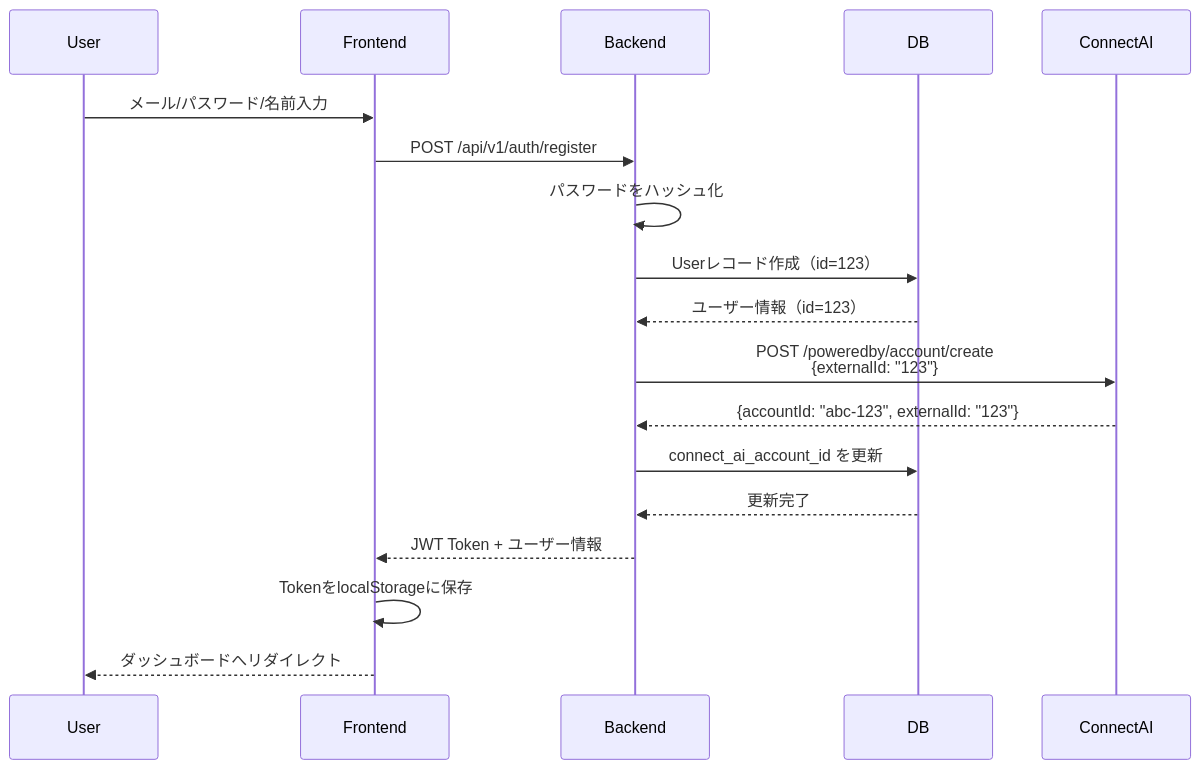
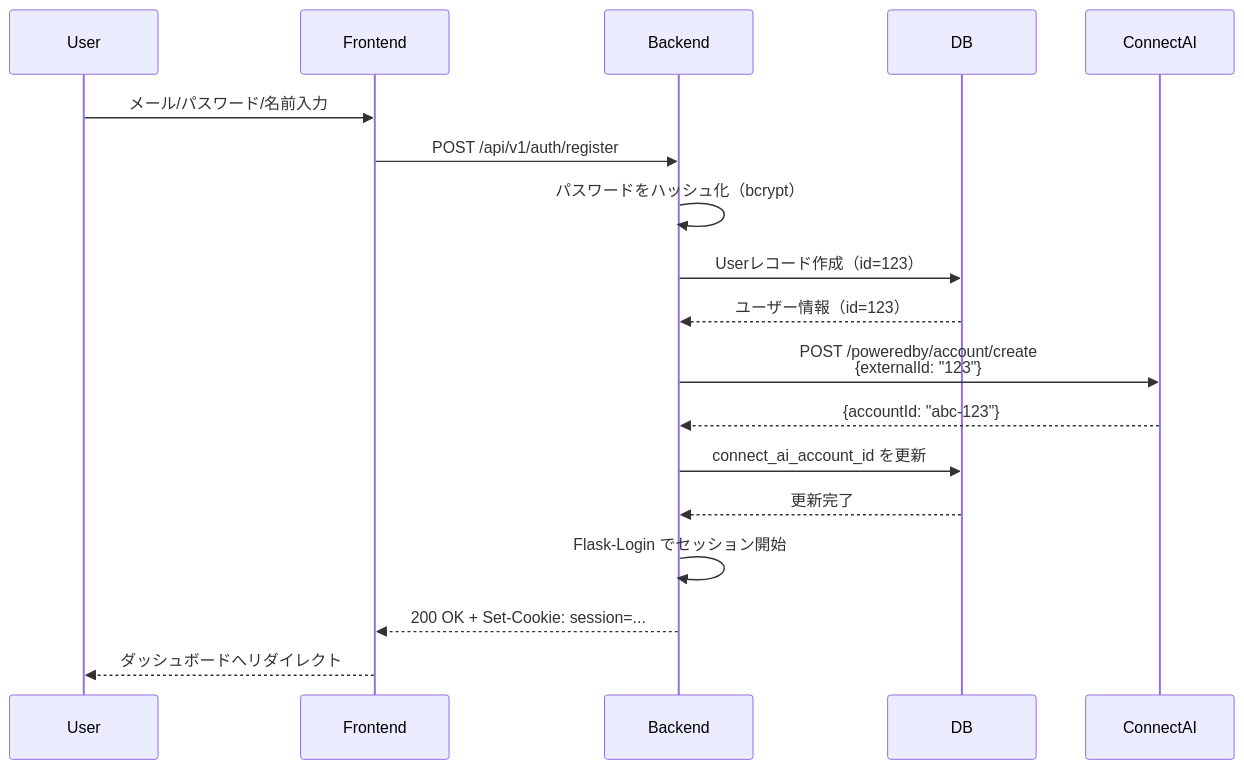
Before and after one commit to sugimomoto/ConnectAIOEMSample: the second of 8 diagrams in docs/functional-design.md, drawn with Mermaid. The commit also changed other lines of this file and 3 other files, not shown here.

````diff
--- a/docs/functional-design.md
+++ b/docs/functional-design.md
@@ -228,21 +137,21 @@
 ```mermaid
 sequenceDiagram
     participant User
     participant Frontend
     participant Backend
     participant DB
     participant ConnectAI
 
     User->>Frontend: メール/パスワード/名前入力
     Frontend->>Backend: POST /api/v1/auth/register
-    Backend->>Backend: パスワードをハッシュ化
+    Backend->>Backend: パスワードをハッシュ化（bcrypt）
     Backend->>DB: Userレコード作成（id=123）
     DB-->>Backend: ユーザー情報（id=123）
     Backend->>ConnectAI: POST /poweredby/account/create<br/>{externalId: "123"}
-    ConnectAI-->>Backend: {accountId: "abc-123", externalId: "123"}
+    ConnectAI-->>Backend: {accountId: "abc-123"}
     Backend->>DB: connect_ai_account_id を更新
     DB-->>Backend: 更新完了
-    Backend-->>Frontend: JWT Token + ユーザー情報
-    Frontend->>Frontend: TokenをlocalStorageに保存
+    Backend->>Backend: Flask-Login でセッション開始
+    Backend-->>Frontend: 200 OK + Set-Cookie: session=...
     Frontend-->>User: ダッシュボードへリダイレクト
 ```
````
